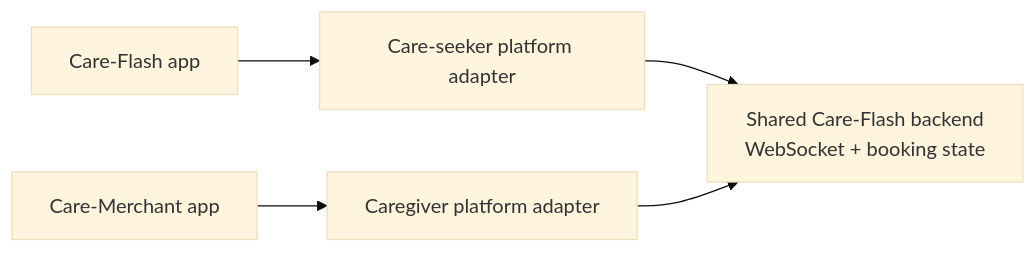
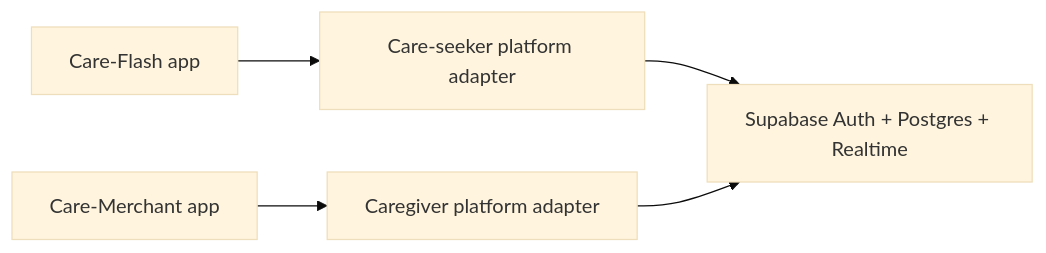
The diagram in README.md (darkFAIZ/Care-Flash), drawn with Mermaid (base theme) before and after one commit. The commit also changed other lines of this file and 28 other files, not shown here.

````diff
--- a/README.md
+++ b/README.md
@@ -48,7 +47,7 @@
 ```mermaid
 flowchart LR
   CF[Care-Flash app] --> CFBFF[Care-seeker platform adapter]
   CM[Care-Merchant app] --> CMBFF[Caregiver platform adapter]
-  CFBFF --> WS[Shared Care-Flash backend<br/>WebSocket + booking state]
-  CMBFF --> WS
+  CFBFF --> SB[Supabase Auth + Postgres + Realtime]
+  CMBFF --> SB
 ```
````
